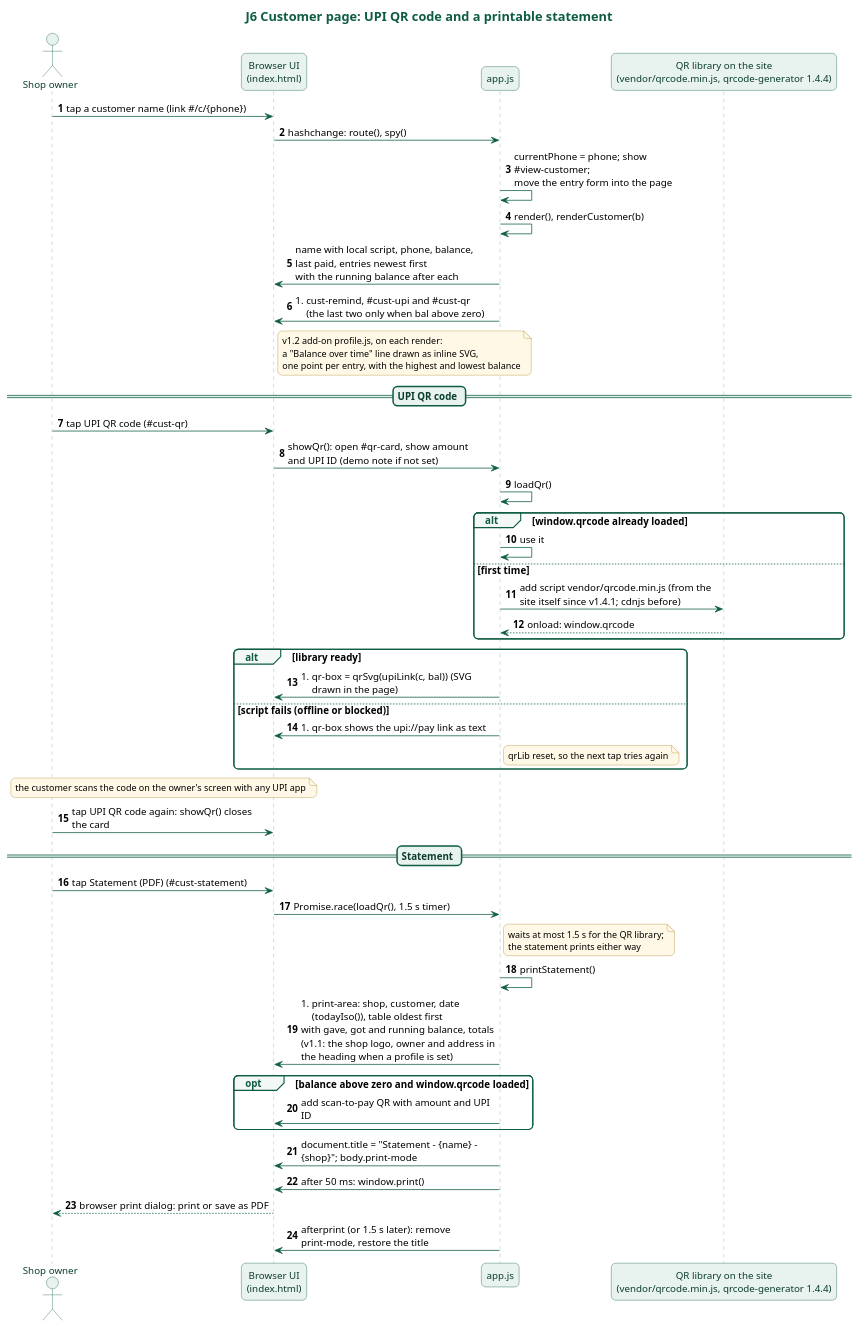
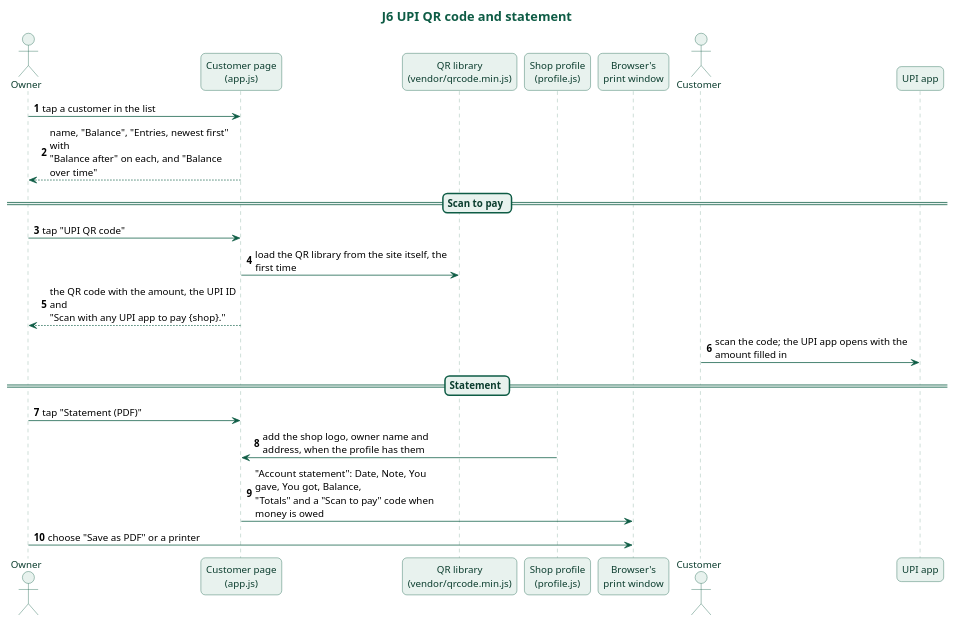
Before and after one commit to karwasanjay007/hisaab-docs: the diagram in docs/diagrams/j6-qr-and-statement.puml, drawn with PlantUML. The commit also changed 62 other files, not shown here.

First line of the commit message:
Documents rewritten as one text about version 1.5.2.1, read from the code

```diff
--- a/docs/diagrams/j6-qr-and-statement.puml
+++ b/docs/diagrams/j6-qr-and-statement.puml
@@ -1,83 +1,60 @@
 @startuml j6-qr-and-statement
-title J6 Customer page: UPI QR code and a printable statement
+title J6 UPI QR code and statement
 skinparam backgroundColor white
 skinparam defaultFontName "Noto Sans"
 skinparam defaultFontSize 13
 skinparam roundCorner 12
 skinparam shadowing false
 skinparam maxMessageSize 260
 skinparam titleFontSize 17
 skinparam titleFontColor #0E5C45
 skinparam sequenceMessageAlign left
 skinparam responseMessageBelowArrow true
 skinparam sequence {
   ArrowColor #0E5C45
   LifeLineBorderColor #7FA89A
   LifeLineBackgroundColor #E8F2EE
   ParticipantBorderColor #0E5C45
   ParticipantBackgroundColor #E8F2EE
   ParticipantFontColor #0B3D2E
   ActorBorderColor #0E5C45
   ActorBackgroundColor #E8F2EE
   ActorFontColor #0B3D2E
   GroupBorderColor #0E5C45
   GroupHeaderFontColor #0E5C45
   GroupBackgroundColor #F3F8F6
   DividerBorderColor #0E5C45
   DividerBackgroundColor #E8F2EE
   DividerFontColor #0B3D2E
   BoxBorderColor #0E5C45
 }
 skinparam database {
   BorderColor #0E5C45
   BackgroundColor #E8F2EE
 }
 skinparam note {
   BorderColor #B08A2E
   BackgroundColor #FFF8E6
   FontSize 12
 }
-actor "Shop owner" as Owner
-participant "Browser UI\n(index.html)" as UI
-participant "app.js" as App
-participant "QR library on the site\n(vendor/qrcode.min.js, qrcode-generator 1.4.4)" as CDN
+actor "Owner" as O
+participant "Customer page\n(app.js)" as C
+participant "QR library\n(vendor/qrcode.min.js)" as Q
+participant "Shop profile\n(profile.js)" as F
+participant "Browser's\nprint window" as B
+actor "Customer" as K
+participant "UPI app" as U
 autonumber
-Owner -> UI : tap a customer name (link #/c/{phone})
-UI -> App : hashchange: route(), spy()
-App -> App : currentPhone = phone; show #view-customer;\nmove the entry form into the page
-App -> App : render(), renderCustomer(b)
-App -> UI : name with local script, phone, balance, last paid, entries newest first\nwith the running balance after each
-App -> UI : #cust-remind, #cust-upi and #cust-qr (the last two only when bal above zero)
-note right of UI : v1.2 add-on profile.js, on each render:\na "Balance over time" line drawn as inline SVG,\none point per entry, with the highest and lowest balance
-== UPI QR code ==
-Owner -> UI : tap UPI QR code (#cust-qr)
-UI -> App : showQr(): open #qr-card, show amount and UPI ID (demo note if not set)
-App -> App : loadQr()
-alt window.qrcode already loaded
-  App -> App : use it
-else first time
-  App -> CDN : add script vendor/qrcode.min.js (from the site itself since v1.4.1; cdnjs before)
-  CDN --> App : onload: window.qrcode
-end
-alt library ready
-  App -> UI : #qr-box = qrSvg(upiLink(c, bal)) (SVG drawn in the page)
-else script fails (offline or blocked)
-  App -> UI : #qr-box shows the upi:~//pay link as text
-  note right of App : qrLib reset, so the next tap tries again
-end
-note over Owner, UI : the customer scans the code on the owner's screen with any UPI app
-Owner -> UI : tap UPI QR code again: showQr() closes the card
+O -> C : tap a customer in the list
+C --> O : name, "Balance", "Entries, newest first" with\n"Balance after" on each, and "Balance over time"
+== Scan to pay ==
+O -> C : tap "UPI QR code"
+C -> Q : load the QR library from the site itself, the first time
+C --> O : the QR code with the amount, the UPI ID and\n"Scan with any UPI app to pay {shop}."
+K -> U : scan the code; the UPI app opens with the amount filled in
 == Statement ==
-Owner -> UI : tap Statement (PDF) (#cust-statement)
-UI -> App : Promise.race(loadQr(), 1.5 s timer)
-note right of App : waits at most 1.5 s for the QR library;\nthe statement prints either way
-App -> App : printStatement()
-App -> UI : #print-area: shop, customer, date (todayIso()), table oldest first\nwith gave, got and running balance, totals\n(v1.1: the shop logo, owner and address in the heading when a profile is set)
-opt balance above zero and window.qrcode loaded
-  App -> UI : add scan-to-pay QR with amount and UPI ID
-end
-App -> UI : document.title = "Statement - {name} - {shop}"; body.print-mode
-App -> UI : after 50 ms: window.print()
-UI --> Owner : browser print dialog: print or save as PDF
-App -> UI : afterprint (or 1.5 s later): remove print-mode, restore the title
+O -> C : tap "Statement (PDF)"
+F -> C : add the shop logo, owner name and address, when the profile has them
+C -> B : "Account statement": Date, Note, You gave, You got, Balance,\n"Totals" and a "Scan to pay" code when money is owed
+O -> B : choose "Save as PDF" or a printer
 @enduml
```
